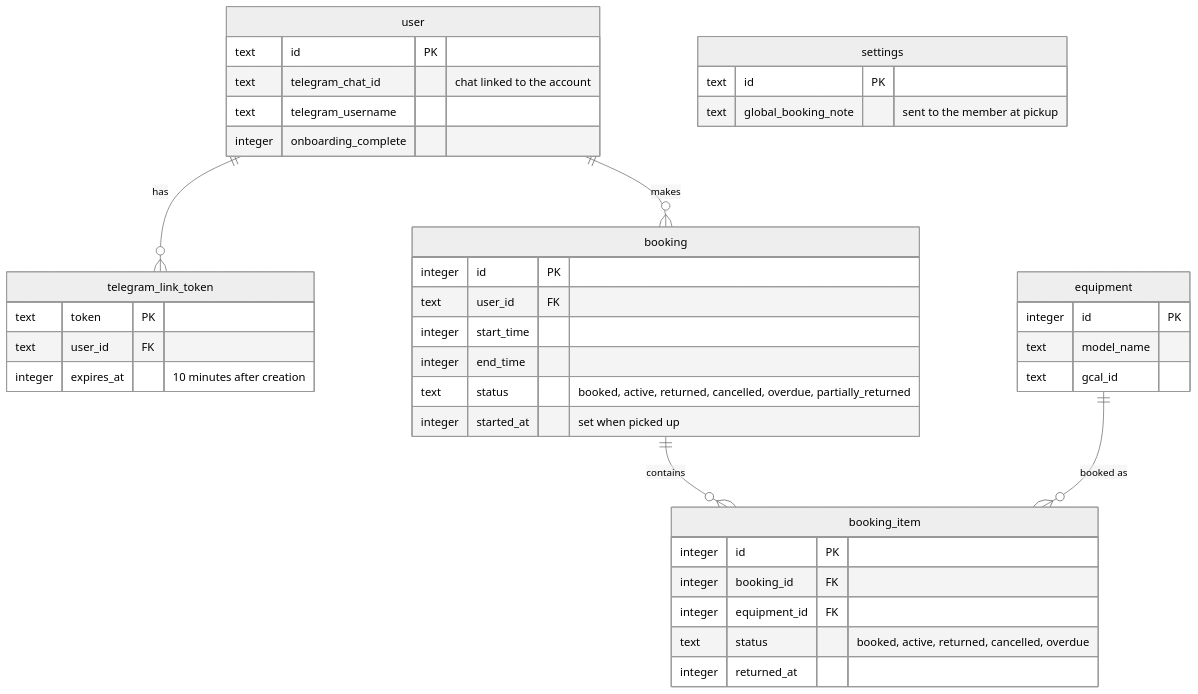
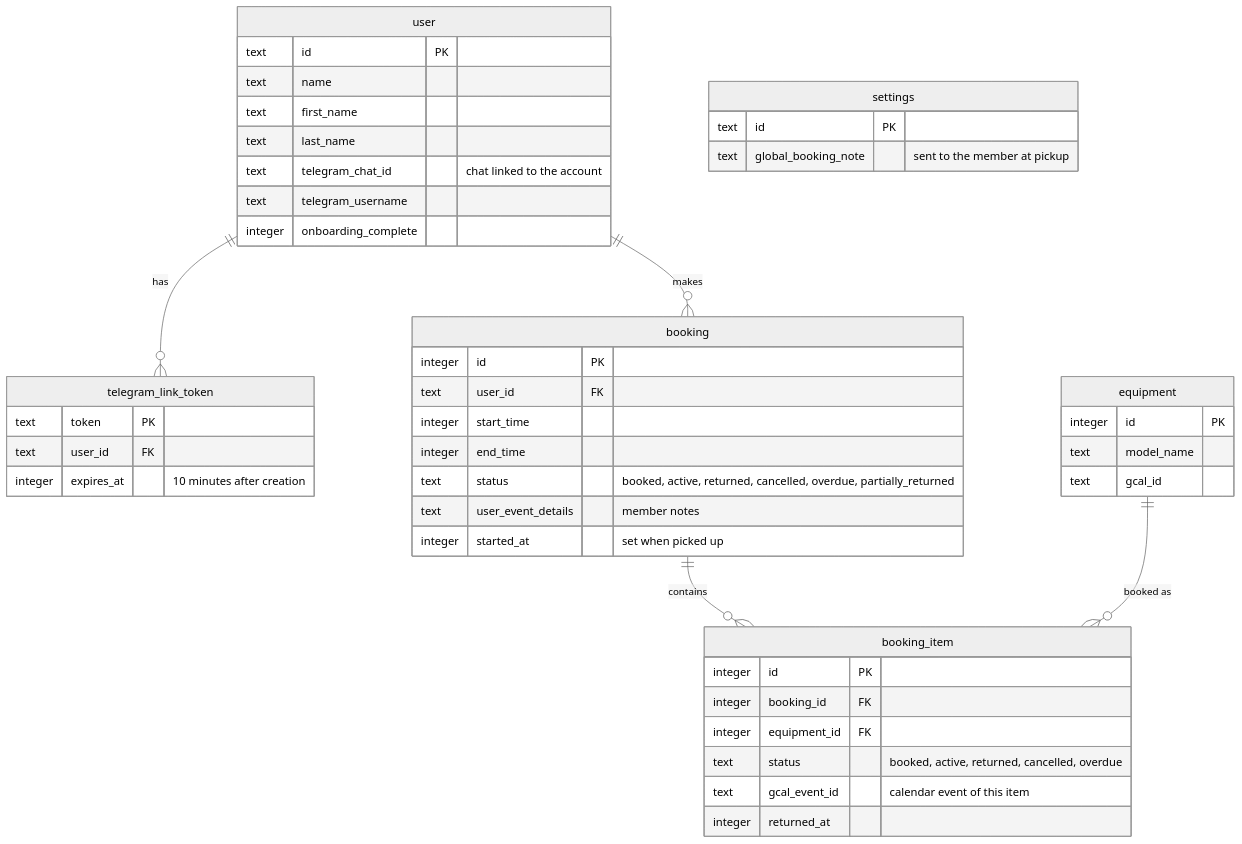
The diagram in docs/scenarios/telegram/erd.md (sagyzdop/meriksirat), drawn with Mermaid (neutral theme) before and after one commit. The commit also changed 13 other files, not shown here.

Commit message:
docs(scenarios): verify telegram diagrams against code

````diff
--- a/docs/scenarios/telegram/erd.md
+++ b/docs/scenarios/telegram/erd.md
@@ -25,42 +25,47 @@
 ```mermaid
 erDiagram
     user ||--o{ telegram_link_token : has
     user ||--o{ booking : makes
     booking ||--o{ booking_item : contains
     equipment ||--o{ booking_item : "booked as"
     user {
         text id PK
+        text name
+        text first_name
+        text last_name
         text telegram_chat_id "chat linked to the account"
         text telegram_username
         integer onboarding_complete
     }
     telegram_link_token {
         text token PK
         text user_id FK
         integer expires_at "10 minutes after creation"
     }
     booking {
         integer id PK
         text user_id FK
         integer start_time
         integer end_time
         text status "booked, active, returned, cancelled, overdue, partially_returned"
+        text user_event_details "member notes"
         integer started_at "set when picked up"
     }
     booking_item {
         integer id PK
         integer booking_id FK
         integer equipment_id FK
         text status "booked, active, returned, cancelled, overdue"
+        text gcal_event_id "calendar event of this item"
         integer returned_at
     }
     settings {
         text id PK
         text global_booking_note "sent to the member at pickup"
     }
     equipment {
         integer id PK
         text model_name
         text gcal_id
     }
 ```
````
